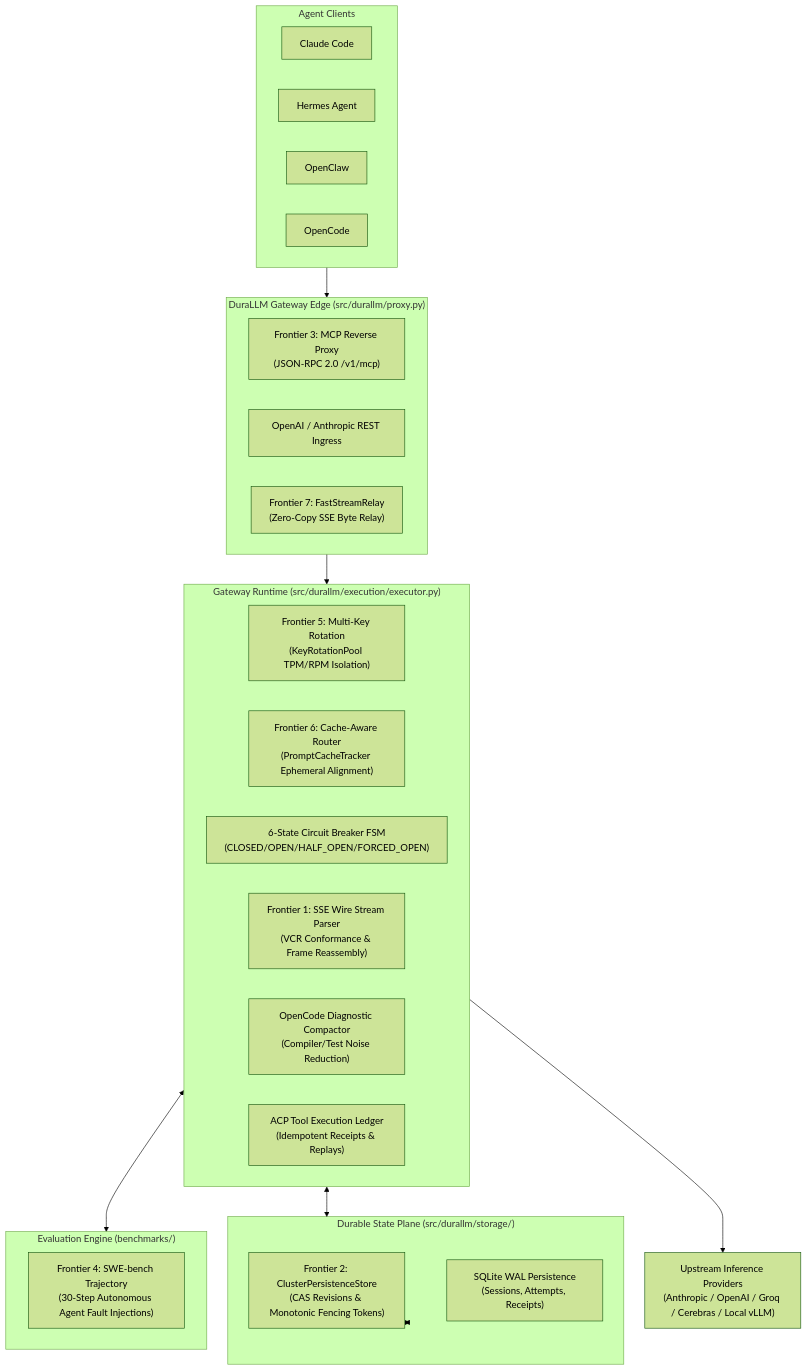
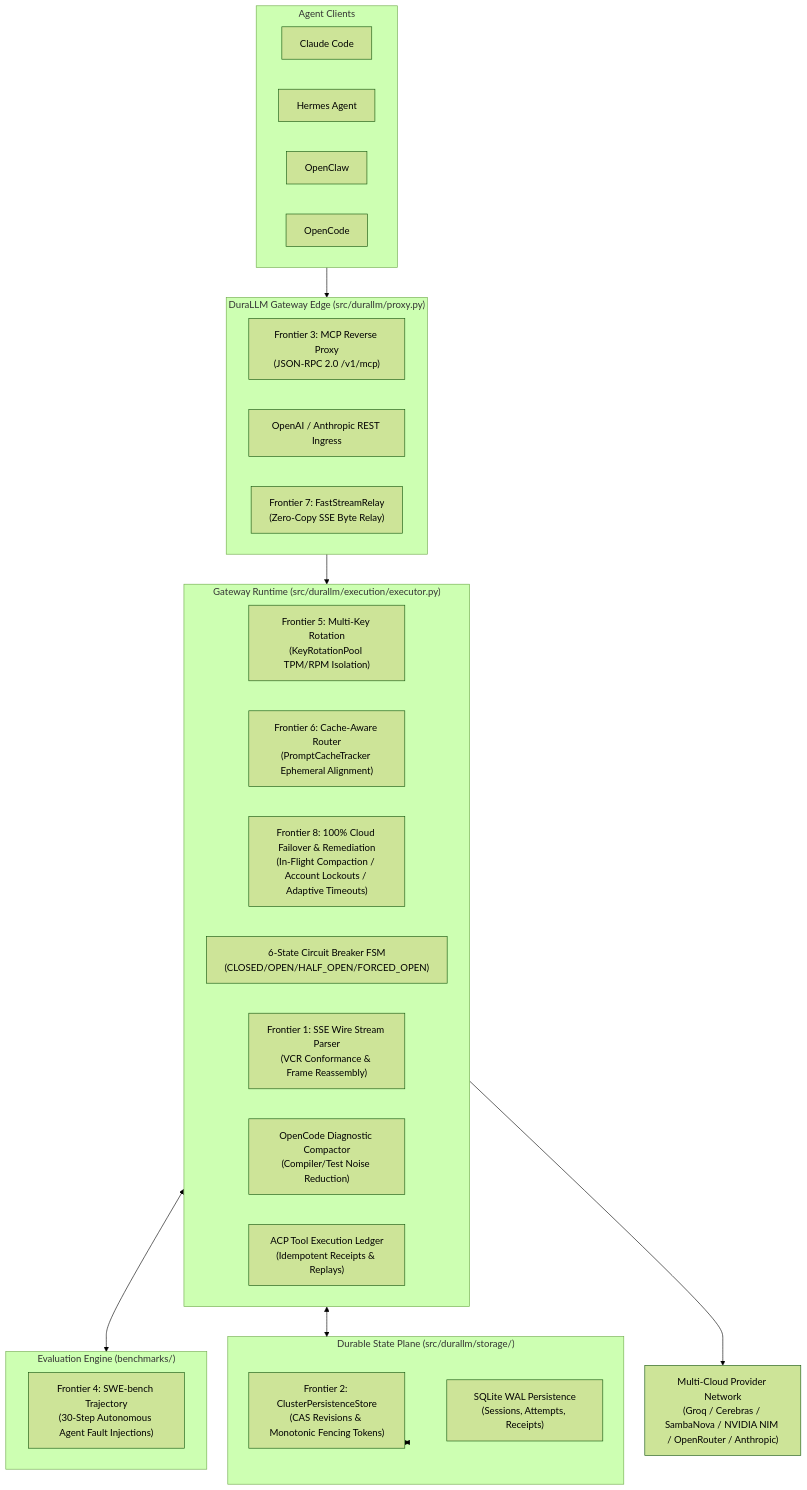
One commit to d2epak/durallm changed the first of 2 diagrams in durallm-roadmap.md. Above: the diagram before and after it, drawn with Mermaid (forest theme). The commit also changed other lines of this file and 8 other files, not shown here.

First line of the commit message:
feat(resilience): implement upstream error remediation engine and update roadmap

````diff
--- a/durallm-roadmap.md
+++ b/durallm-roadmap.md
@@ -72,40 +88,41 @@
 ```mermaid
 flowchart TD
     subgraph Clients ["Agent Clients"]
         CC[Claude Code]
         HA[Hermes Agent]
         OC[OpenClaw]
         OD[OpenCode]
     end
 
     subgraph Edge ["DuraLLM Gateway Edge (src/durallm/proxy.py)"]
         F3["Frontier 3: MCP Reverse Proxy\n(JSON-RPC 2.0 /v1/mcp)"]
         HTTP["OpenAI / Anthropic REST Ingress"]
         F7_Relay["Frontier 7: FastStreamRelay\n(Zero-Copy SSE Byte Relay)"]
     end
 
     subgraph Core ["Gateway Runtime (src/durallm/execution/executor.py)"]
         F5_Keys["Frontier 5: Multi-Key Rotation\n(KeyRotationPool TPM/RPM Isolation)"]
         F6_Cache["Frontier 6: Cache-Aware Router\n(PromptCacheTracker Ephemeral Alignment)"]
+        F8_Cloud["Frontier 8: 100% Cloud Failover & Remediation\n(In-Flight Compaction / Account Lockouts / Adaptive Timeouts)"]
         FSM["6-State Circuit Breaker FSM\n(CLOSED/OPEN/HALF_OPEN/FORCED_OPEN)"]
         F1_Parser["Frontier 1: SSE Wire Stream Parser\n(VCR Conformance & Frame Reassembly)"]
         Compactor["OpenCode Diagnostic Compactor\n(Compiler/Test Noise Reduction)"]
         Ledger["ACP Tool Execution Ledger\n(Idempotent Receipts & Replays)"]
     end
 
     subgraph Storage ["Durable State Plane (src/durallm/storage/)"]
         F2_Cluster["Frontier 2: ClusterPersistenceStore\n(CAS Revisions & Monotonic Fencing Tokens)"]
         SQLite["SQLite WAL Persistence\n(Sessions, Attempts, Receipts)"]
     end
 
     subgraph Eval ["Evaluation Engine (benchmarks/)"]
         F4_Traj["Frontier 4: SWE-bench Trajectory\n(30-Step Autonomous Agent Fault Injections)"]
     end
 
     Clients --> Edge
     Edge --> Core
     Core <--> Storage
-    Core --> Upstreams["Upstream Inference Providers\n(Anthropic / OpenAI / Groq / Cerebras / Local vLLM)"]
+    Core --> Upstreams["Multi-Cloud Provider Network\n(Groq / Cerebras / SambaNova / NVIDIA NIM / OpenRouter / Anthropic)"]
     Storage <--> F2_Cluster
     Core <--> Eval
 ```
````
